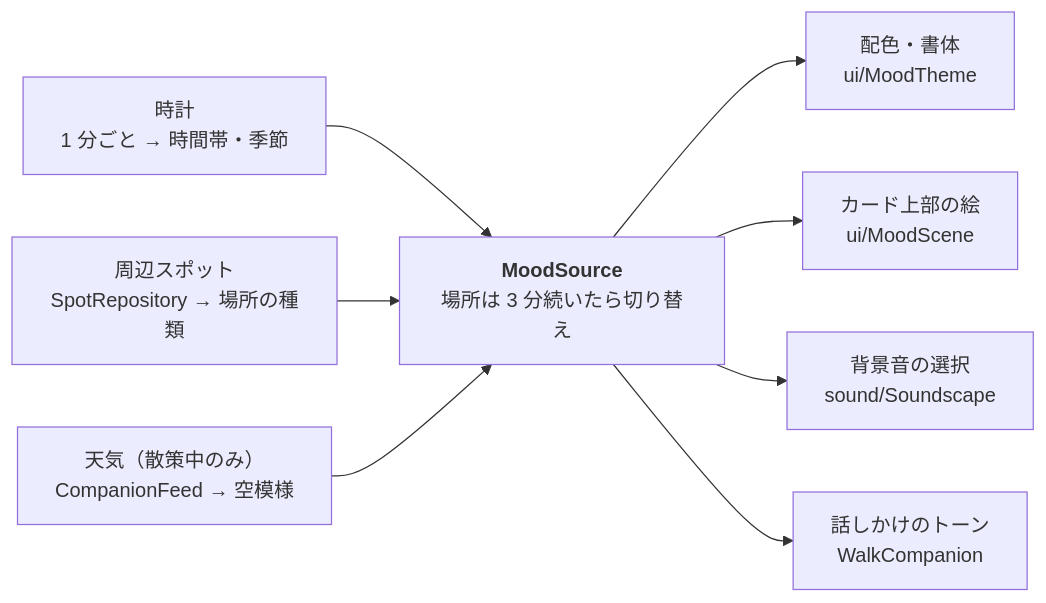
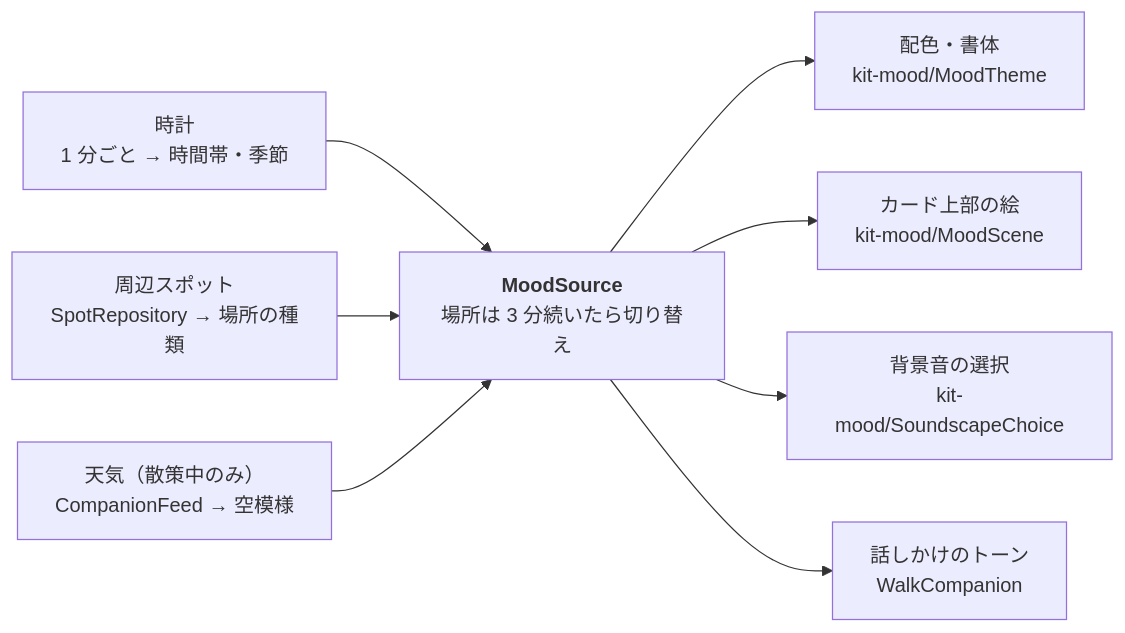
One commit to duwenji/yorisoi-sanpoguide changed the fifth of 8 diagrams in docs/architecture.md. Above: the diagram before and after it, drawn with Mermaid. The commit also changed other lines of this file and 86 other files, not shown here.

````diff
--- a/docs/architecture.md
+++ b/docs/architecture.md
@@ -161,11 +160,11 @@
 ```mermaid
 flowchart LR
   Clock["時計<br/>1 分ごと → 時間帯・季節"] --> MS
   Spots["周辺スポット<br/>SpotRepository → 場所の種類"] --> MS
   Weather["天気（散策中のみ）<br/>CompanionFeed → 空模様"] --> MS
   MS["<b>MoodSource</b><br/>場所は 3 分続いたら切り替え"]
-  MS --> Theme["配色・書体<br/>ui/MoodTheme"]
-  MS --> Scene["カード上部の絵<br/>ui/MoodScene"]
-  MS --> Sound["背景音の選択<br/>sound/Soundscape"]
+  MS --> Theme["配色・書体<br/>kit-mood/MoodTheme"]
+  MS --> Scene["カード上部の絵<br/>kit-mood/MoodScene"]
+  MS --> Sound["背景音の選択<br/>kit-mood/SoundscapeChoice"]
   MS --> Tone["話しかけのトーン<br/>WalkCompanion"]
 ```
````
